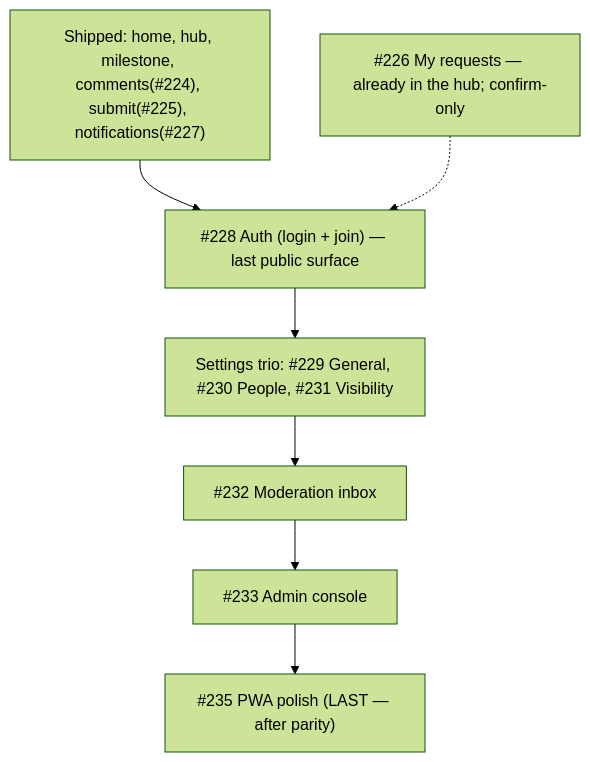
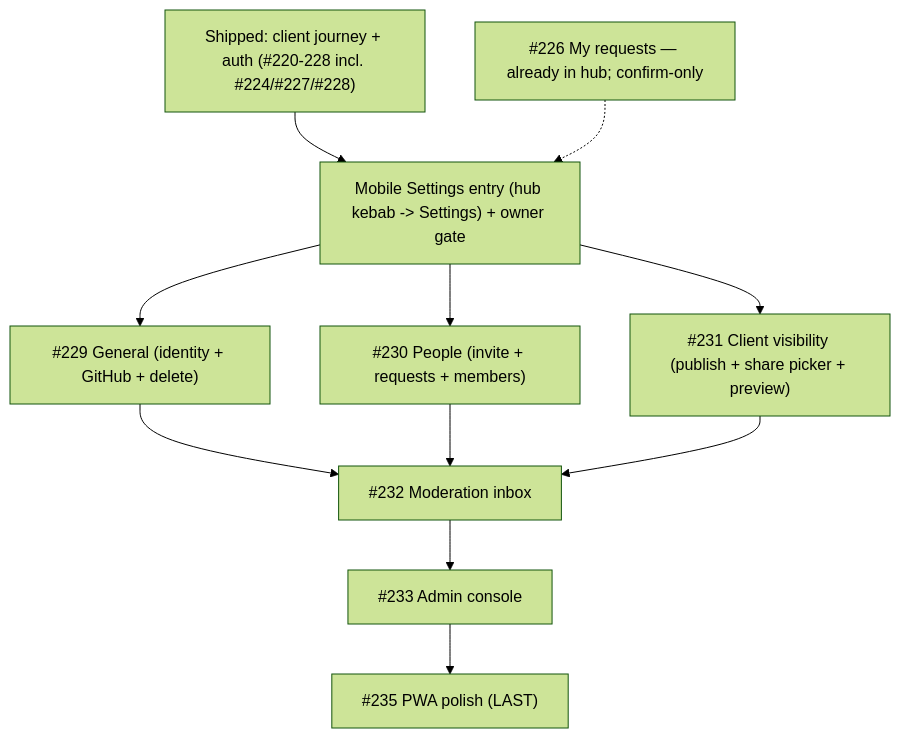
Before and after one commit to zestones/vista: the diagram in docs/audits/milestone-12-audit.md, drawn with Mermaid (forest theme). The commit also changed other lines of this file, not shown here.

Commit message:
docs: refresh milestone #12 audit (settings trio next)

````diff
--- a/docs/audits/milestone-12-audit.md
+++ b/docs/audits/milestone-12-audit.md
@@ -35,10 +35,14 @@
 ```mermaid
 flowchart TD
-  Done["Shipped: home, hub, milestone, comments(#224), submit(#225), notifications(#227)"]
-  Done --> A["#228 Auth (login + join) — last public surface"]
-  A --> S["Settings trio: #229 General, #230 People, #231 Visibility"]
-  S --> MOD["#232 Moderation inbox"]
+  Done["Shipped: client journey + auth (#220-228 incl. #224/#227/#228)"]
+  Done --> ENTRY["Mobile Settings entry (hub kebab -> Settings) + owner gate"]
+  ENTRY --> G["#229 General (identity + GitHub + delete)"]
+  ENTRY --> P["#230 People (invite + requests + members)"]
+  ENTRY --> V["#231 Client visibility (publish + share picker + preview)"]
+  G --> MOD["#232 Moderation inbox"]
+  P --> MOD
+  V --> MOD
   MOD --> ADM["#233 Admin console"]
-  ADM --> PWA["#235 PWA polish (LAST — after parity)"]
-  P226["#226 My requests — already in the hub; confirm-only"] -.-> A
+  ADM --> PWA["#235 PWA polish (LAST)"]
+  P226["#226 My requests — already in hub; confirm-only"] -.-> ENTRY
 ```
````
